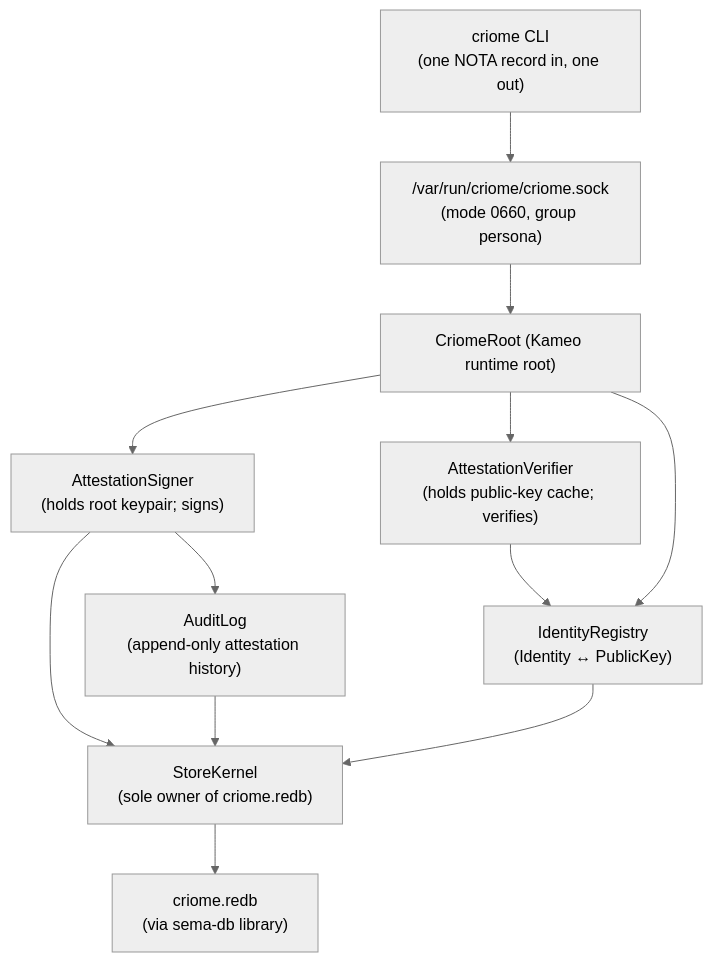
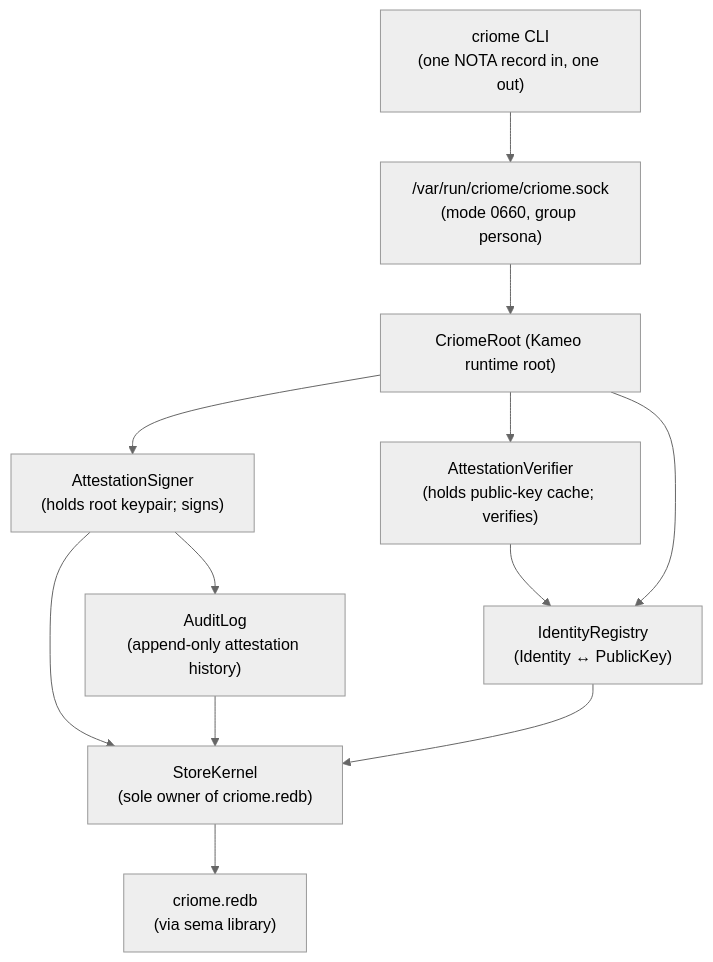
Before and after one commit to LiGoldragon/criome: the diagram in ARCHITECTURE.md, drawn with Mermaid (neutral theme). The commit also changed other lines of this file and 33 other files, not shown here.

````diff
--- a/ARCHITECTURE.md
+++ b/ARCHITECTURE.md
@@ -81,24 +81,24 @@
 ```mermaid
 flowchart TB
     cli["criome CLI<br/>(one NOTA record in, one out)"]
     socket["/var/run/criome/criome.sock<br/>(mode 0660, group persona)"]
     root["CriomeRoot (Kameo runtime root)"]
     signer["AttestationSigner<br/>(holds root keypair; signs)"]
     verifier["AttestationVerifier<br/>(holds public-key cache; verifies)"]
     registry["IdentityRegistry<br/>(Identity ↔ PublicKey)"]
     store["StoreKernel<br/>(sole owner of criome.redb)"]
-    db["criome.redb<br/>(via sema-db library)"]
+    db["criome.redb<br/>(via sema library)"]
     audit["AuditLog<br/>(append-only attestation history)"]
 
     cli --> socket
     socket --> root
     root --> signer
     root --> verifier
     root --> registry
     signer --> store
     verifier --> registry
     registry --> store
     store --> db
     signer --> audit
     audit --> store
 ```
````
